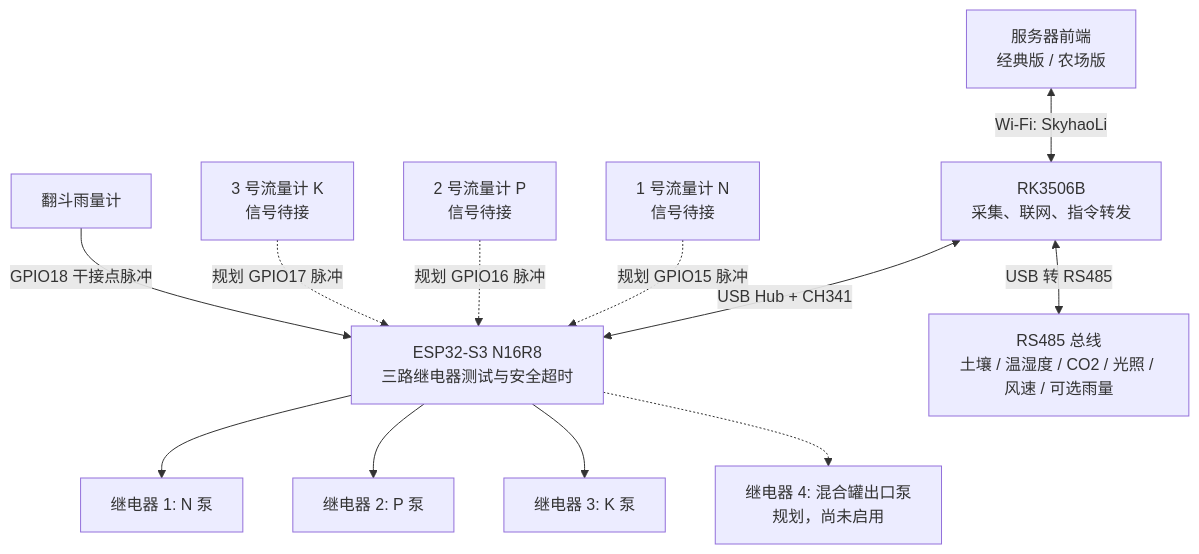
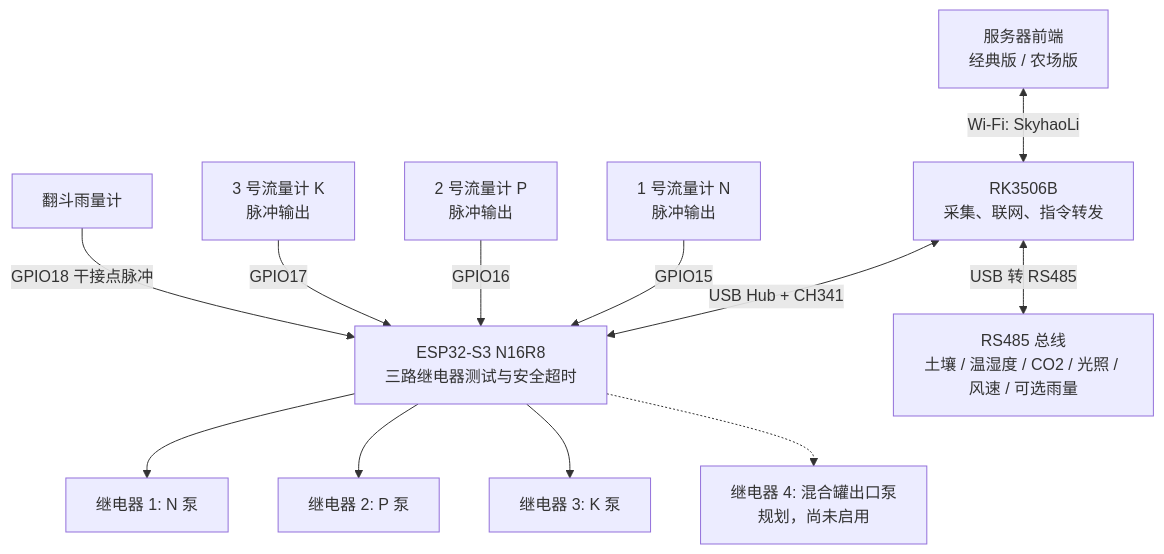
One commit to SkyhaoLi/ZhiRun changed the diagram in docs/RK3506B_ESP32_继电器_USB485_接线拓扑.md. Above: the diagram before and after it, drawn with Mermaid. The commit also changed other lines of this file and 2 other files, not shown here.

Commit message:
enable three fertilizer flow meter inputs

````diff
--- a/docs/RK3506B_ESP32_继电器_USB485_接线拓扑.md
+++ b/docs/RK3506B_ESP32_继电器_USB485_接线拓扑.md
@@ -32,15 +32,15 @@
 ```mermaid
 flowchart TB
     WEB["服务器前端<br/>经典版 / 农场版"] <-->|Wi-Fi: SkyhaoLi| RK["RK3506B<br/>采集、联网、指令转发"]
     RK <-->|USB Hub + CH341| ESP["ESP32-S3 N16R8<br/>三路继电器测试与安全超时"]
     RK <-->|USB 转 RS485| BUS["RS485 总线<br/>土壤 / 温湿度 / CO2 / 光照 / 风速 / 可选雨量"]
 
     ESP --> R1["继电器 1: N 泵"]
     ESP --> R2["继电器 2: P 泵"]
     ESP --> R3["继电器 3: K 泵"]
     ESP -.-> R4["继电器 4: 混合罐出口泵<br/>规划，尚未启用"]
-    F1["1 号流量计 N<br/>信号待接"] -.->|规划 GPIO15 脉冲| ESP
-    F2["2 号流量计 P<br/>信号待接"] -.->|规划 GPIO16 脉冲| ESP
-    F3["3 号流量计 K<br/>信号待接"] -.->|规划 GPIO17 脉冲| ESP
+F1["1 号流量计 N<br/>脉冲输出"] -->|GPIO15| ESP
+F2["2 号流量计 P<br/>脉冲输出"] -->|GPIO16| ESP
+F3["3 号流量计 K<br/>脉冲输出"] -->|GPIO17| ESP
     RAIN["翻斗雨量计"] -->|GPIO18 干接点脉冲| ESP
 ```
````
